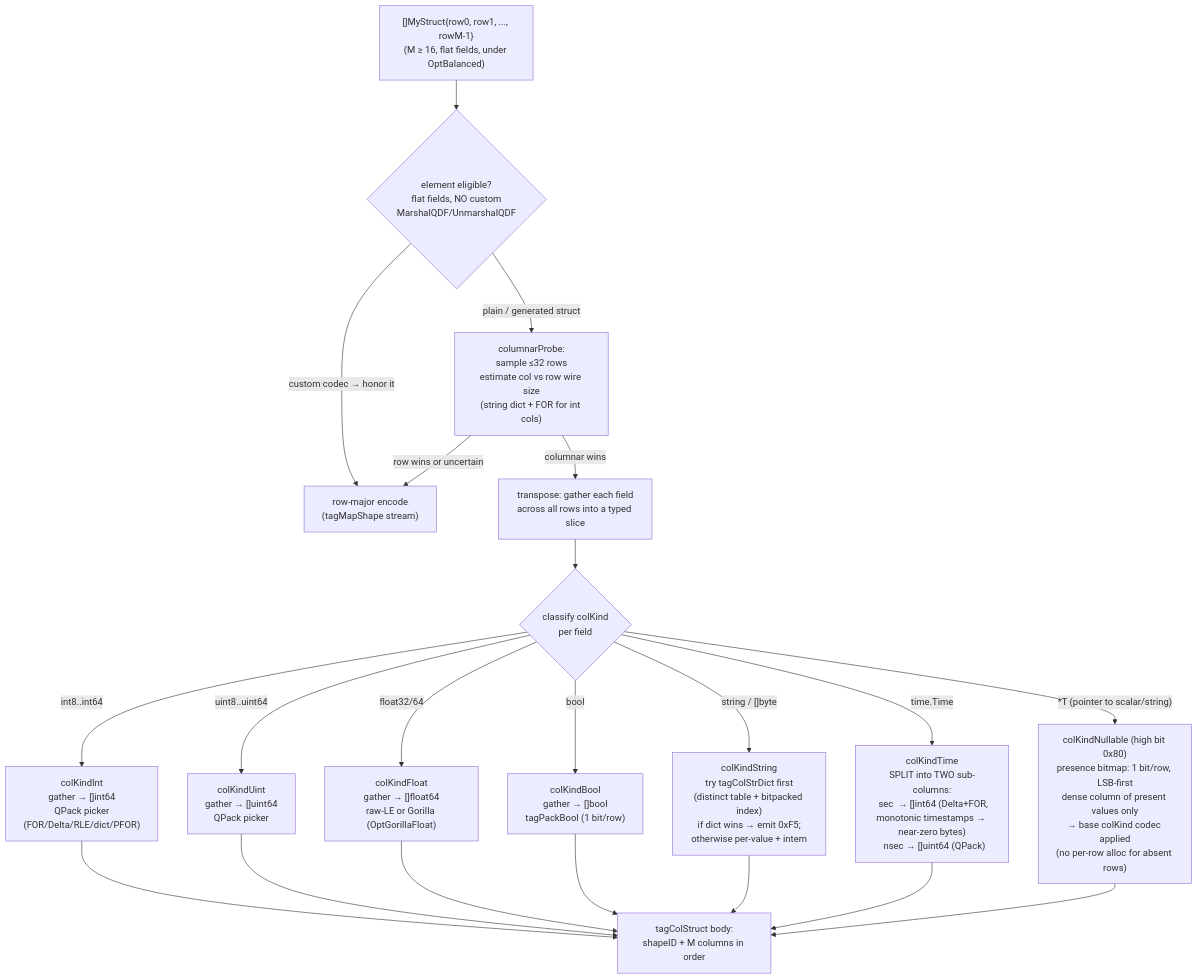
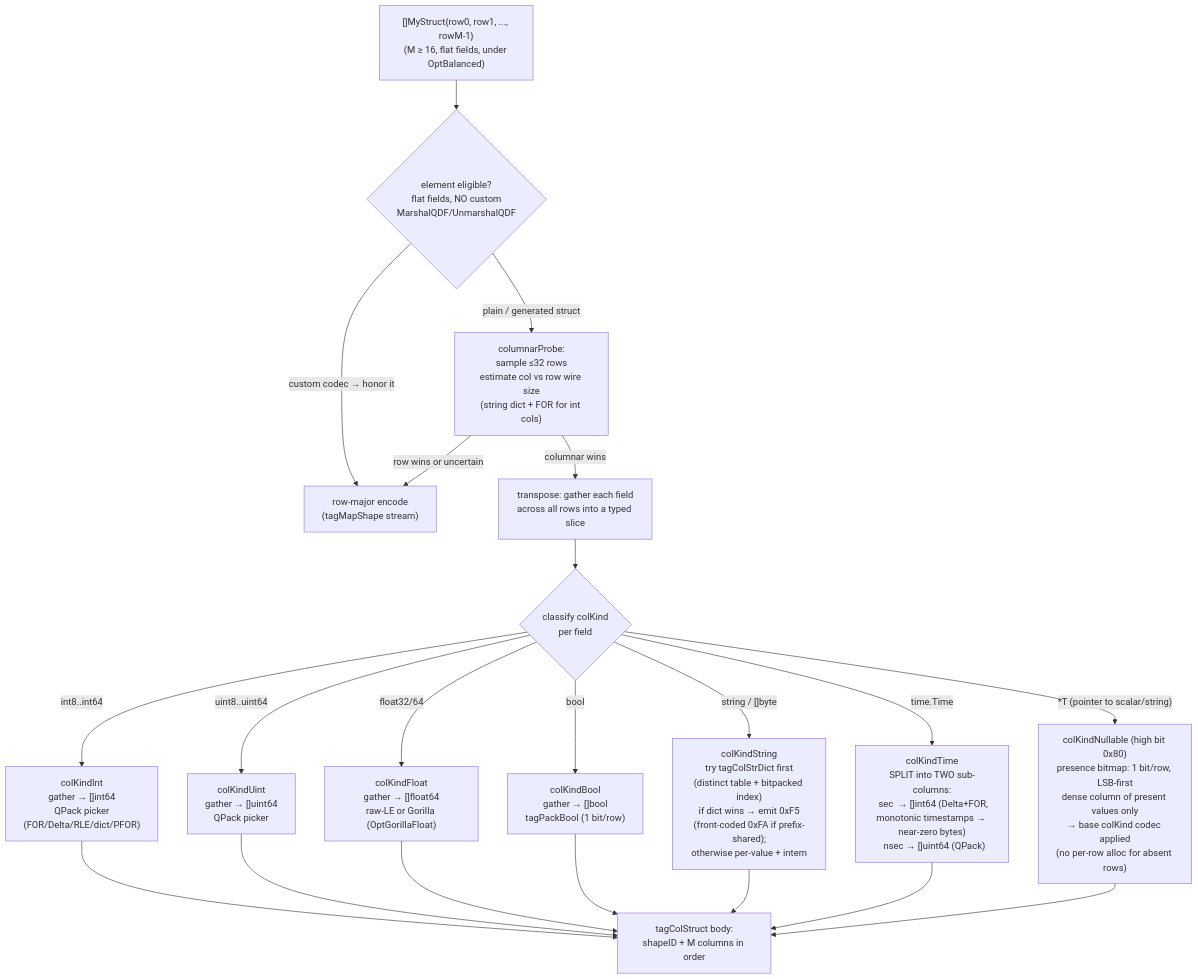
The first of 5 diagrams in diagrams/columnar-and-selective-decode.md (alex60217101990/qdf), drawn with Mermaid before and after one commit. The commit also changed 5 other files, not shown here.

First line of the commit message:
docs: document the front-coded string-dictionary codec (tagColStrDictFC)

````diff
--- a/diagrams/columnar-and-selective-decode.md
+++ b/diagrams/columnar-and-selective-decode.md
@@ -18,28 +18,28 @@
 ```mermaid
 flowchart TD
     Input["[]MyStruct{row0, row1, ..., rowM-1}\n(M ≥ 16, flat fields, under OptBalanced)"]
     Input --> Elig{"element eligible?\nflat fields, NO custom\nMarshalQDF/UnmarshalQDF"}
     Elig -->|"custom codec → honor it"| RowMajor
     Elig -->|"plain / generated struct"| Probe
     Probe["columnarProbe:\nsample ≤32 rows\nestimate col vs row wire size\n(string dict + FOR for int cols)"]
     Probe -->|"columnar wins"| Trans["transpose: gather each field\nacross all rows into a typed slice"]
     Probe -->|"row wins or uncertain"| RowMajor["row-major encode\n(tagMapShape stream)"]
 
     Trans --> ColKind{"classify colKind\nper field"}
 
     ColKind -->|"int8..int64"| IntCol["colKindInt\ngather → []int64\nQPack picker\n(FOR/Delta/RLE/dict/PFOR)"]
     ColKind -->|"uint8..uint64"| UintCol["colKindUint\ngather → []uint64\nQPack picker"]
     ColKind -->|"float32/64"| FloatCol["colKindFloat\ngather → []float64\nraw-LE or Gorilla (OptGorillaFloat)"]
     ColKind -->|"bool"| BoolCol["colKindBool\ngather → []bool\ntagPackBool (1 bit/row)"]
-    ColKind -->|"string / []byte"| StrCol["colKindString\ntry tagColStrDict first\n(distinct table + bitpacked index)\nif dict wins → emit 0xF5;\notherwise per-value + intern"]
+    ColKind -->|"string / []byte"| StrCol["colKindString\ntry tagColStrDict first\n(distinct table + bitpacked index)\nif dict wins → emit 0xF5\n(front-coded 0xFA if prefix-shared);\notherwise per-value + intern"]
     ColKind -->|"time.Time"| TimeCol["colKindTime\nSPLIT into TWO sub-columns:\n  sec  → []int64 (Delta+FOR, monotonic timestamps → near-zero bytes)\n  nsec → []uint64 (QPack)"]
     ColKind -->|"*T (pointer to scalar/string)"| NullCol["colKindNullable (high bit 0x80)\npresence bitmap: 1 bit/row, LSB-first\ndense column of present values only\n→ base colKind codec applied\n(no per-row alloc for absent rows)"]
 
     IntCol --> Wire["tagColStruct body:\nshapeID + M columns in order"]
     UintCol --> Wire
     FloatCol --> Wire
     BoolCol --> Wire
     StrCol --> Wire
     TimeCol --> Wire
     NullCol --> Wire
 ```
````
